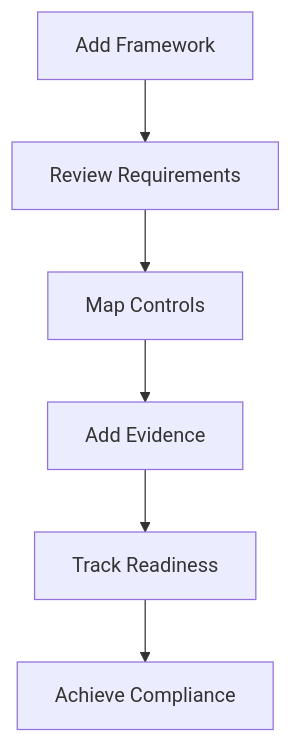
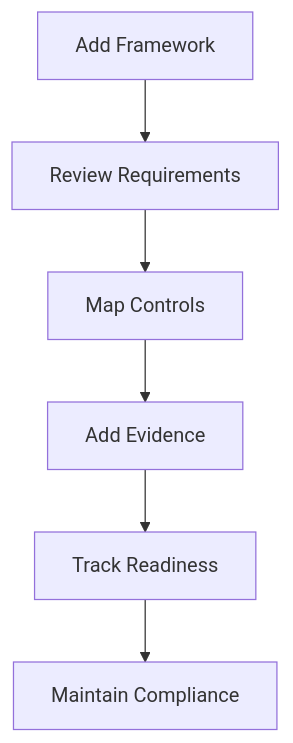
Before and after one commit to tekve/gover-docs: the diagram in docs/getting-started/quick-start.md, drawn with Mermaid. The commit also changed other lines of this file and 50 other files, not shown here.

````diff
--- a/docs/getting-started/quick-start.md
+++ b/docs/getting-started/quick-start.md
@@ -52,8 +52,8 @@
 ```mermaid
 flowchart TD
     A[Add Framework] --> B[Review Requirements]
     B --> C[Map Controls]
     C --> D[Add Evidence]
     D --> E[Track Readiness]
-    E --> F[Achieve Compliance]
+    E --> F[Maintain Compliance]
 ```
````
